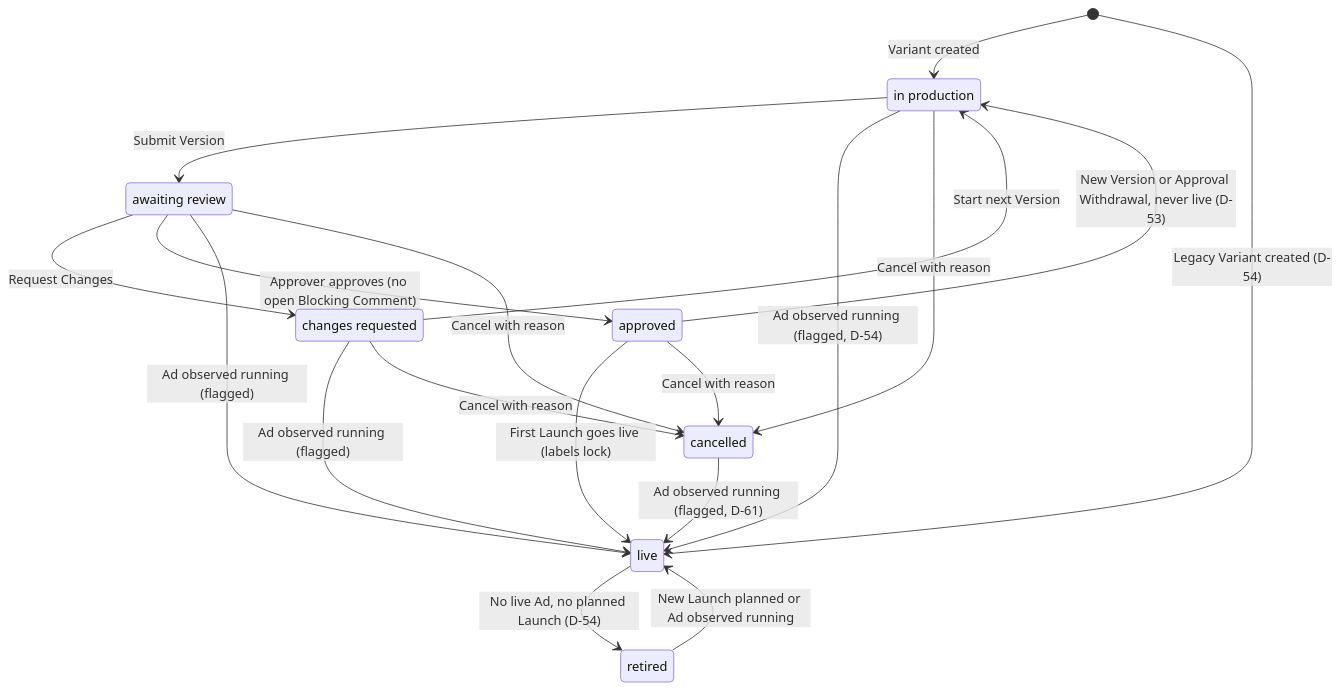
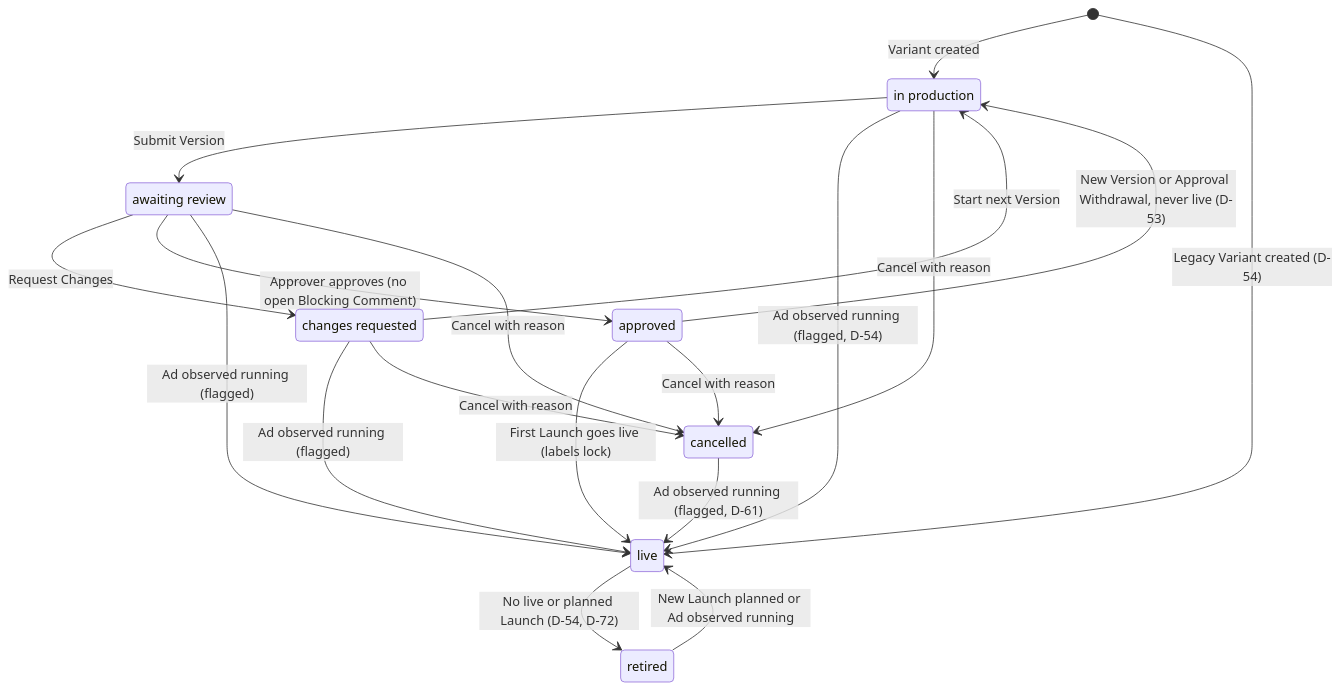
Before and after one commit to garyyap13/gml-marketing-creative-workstation: the first of 2 diagrams in docs/requirements/creative-workstation-prd.md, drawn with Mermaid. The commit also changed other lines of this file and 21 other files, not shown here.

````diff
--- a/docs/requirements/creative-workstation-prd.md
+++ b/docs/requirements/creative-workstation-prd.md
@@ -418,24 +418,24 @@
 ```mermaid
 stateDiagram-v2
   state "in production" as in_production
   state "awaiting review" as awaiting_review
   state "changes requested" as changes_requested
   [*] --> in_production: Variant created
   [*] --> live: Legacy Variant created (D-54)
   in_production --> awaiting_review: Submit Version
   awaiting_review --> changes_requested: Request Changes
   changes_requested --> in_production: Start next Version
   awaiting_review --> approved: Approver approves (no open Blocking Comment)
   approved --> in_production: New Version or Approval Withdrawal, never live (D-53)
   approved --> live: First Launch goes live (labels lock)
   in_production --> live: Ad observed running (flagged, D-54)
   awaiting_review --> live: Ad observed running (flagged)
   changes_requested --> live: Ad observed running (flagged)
   cancelled --> live: Ad observed running (flagged, D-61)
-  live --> retired: No live Ad, no planned Launch (D-54)
+  live --> retired: No live or planned Launch (D-54, D-72)
   retired --> live: New Launch planned or Ad observed running
   in_production --> cancelled: Cancel with reason
   awaiting_review --> cancelled: Cancel with reason
   changes_requested --> cancelled: Cancel with reason
   approved --> cancelled: Cancel with reason
 ```
````
